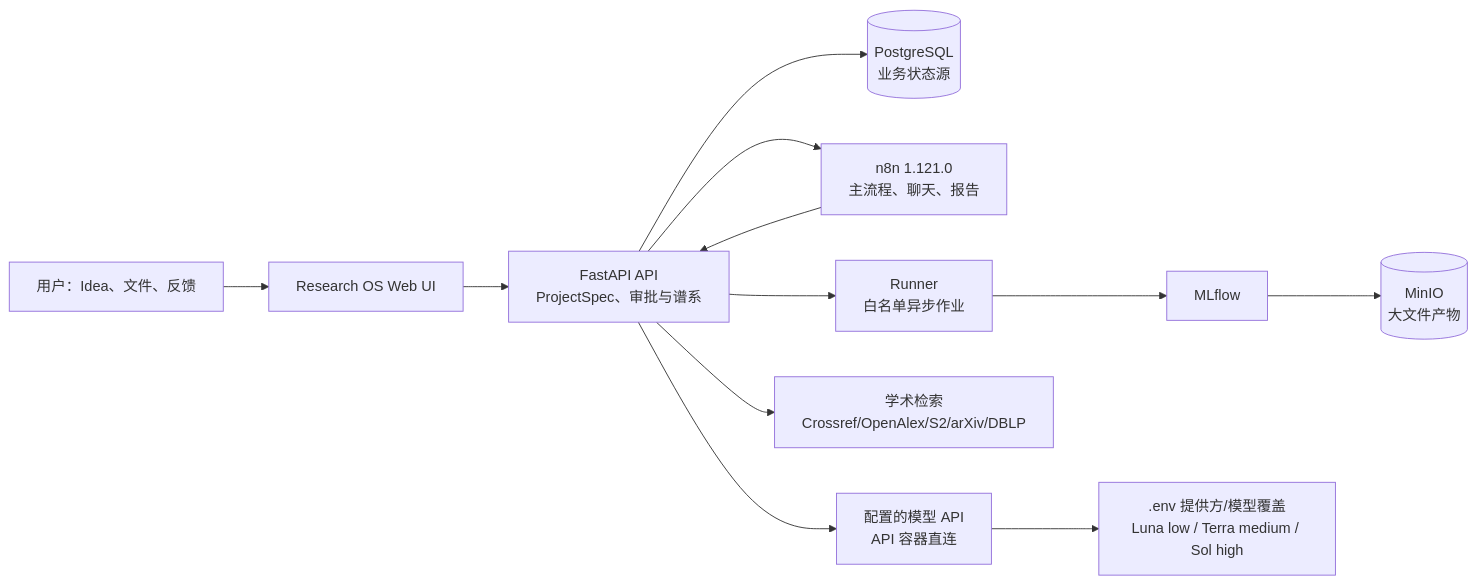
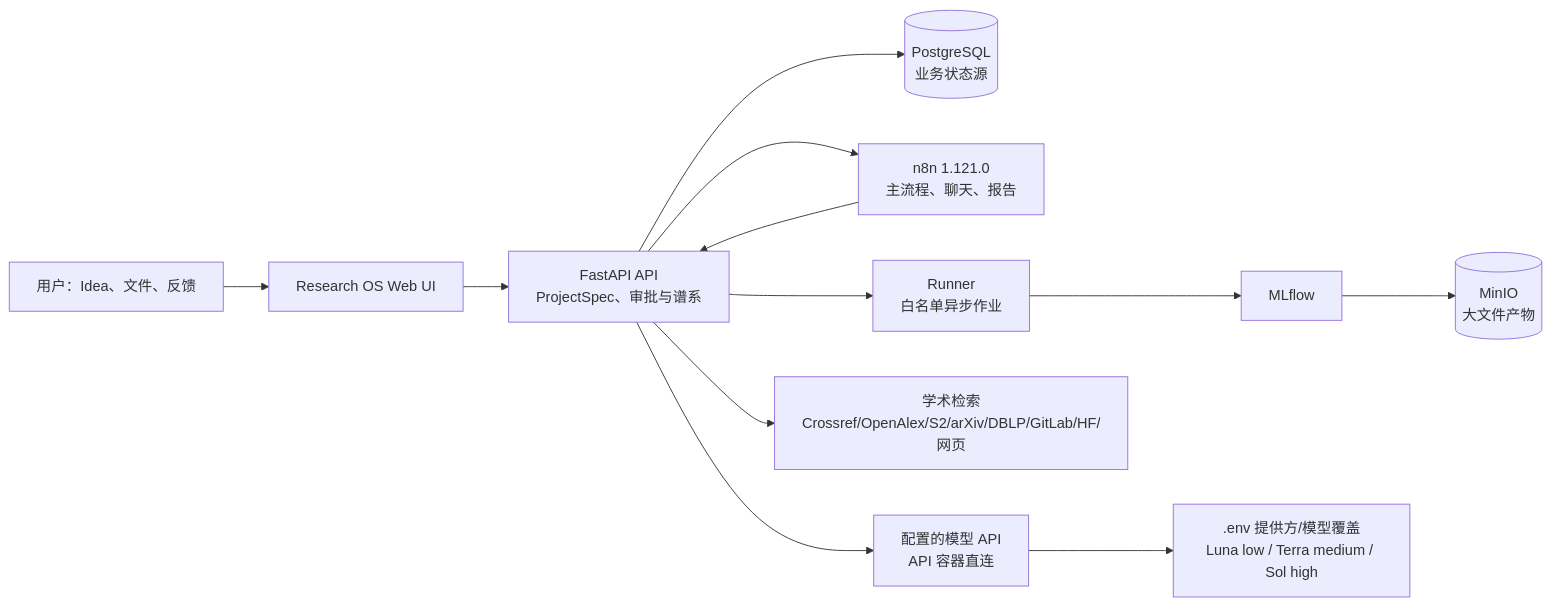
Before and after one commit to Karbo123/ResearchOS: the diagram in README.zh-CN.md, drawn with Mermaid. The commit also changed other lines of this file and 11 other files, not shown here.

````diff
--- a/README.zh-CN.md
+++ b/README.zh-CN.md
@@ -70,14 +70,14 @@
 ```mermaid
 flowchart LR
     U["用户：Idea、文件、反馈"] --> UI["Research OS Web UI"]
     UI --> API["FastAPI API\nProjectSpec、审批与谱系"]
     API --> PG[("PostgreSQL\n业务状态源")]
     API --> N8N["n8n 1.121.0\n主流程、聊天、报告"]
     N8N --> API
     API --> R["Runner\n白名单异步作业"]
     R --> ML["MLflow"]
     ML --> MI[("MinIO\n大文件产物")]
-    API --> S["学术检索\nCrossref/OpenAlex/S2/arXiv/DBLP"]
+    API --> S["学术检索\nCrossref/OpenAlex/S2/arXiv/DBLP/GitLab/HF/网页"]
     API --> B["配置的模型 API\nAPI 容器直连"]
     B --> C[".env 提供方/模型覆盖\nLuna low / Terra medium / Sol high"]
 ```
````
